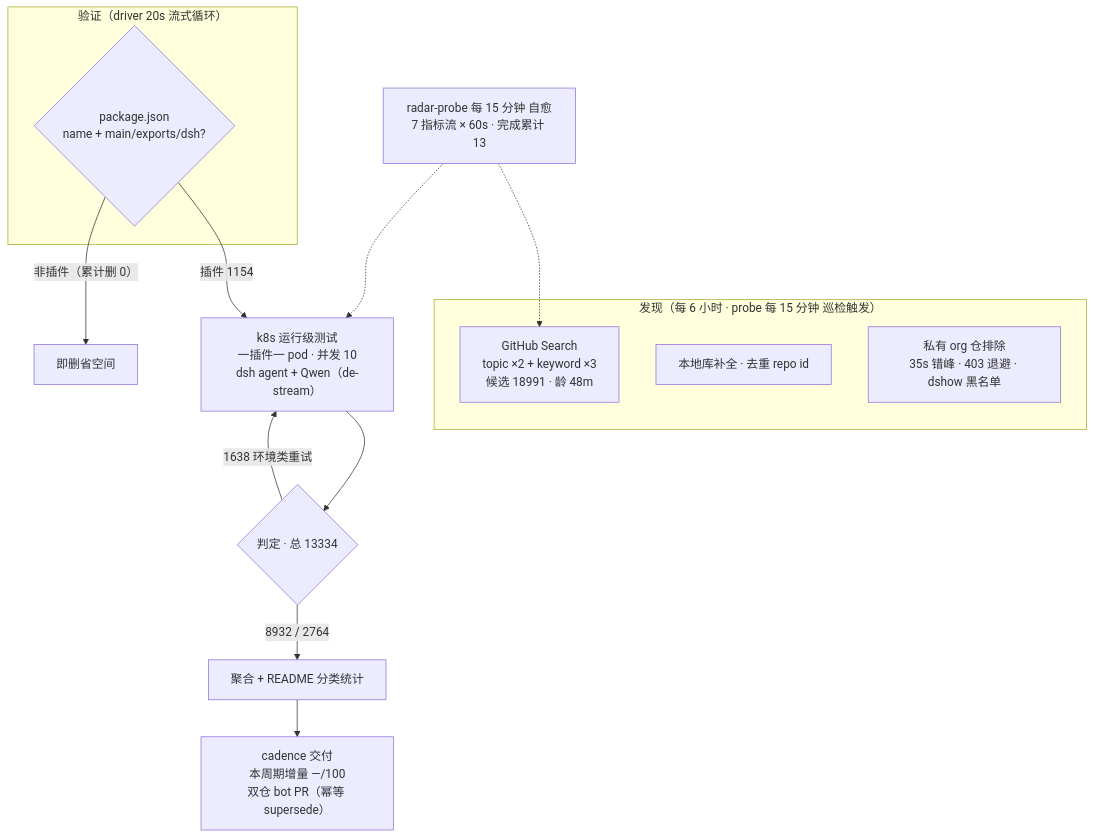
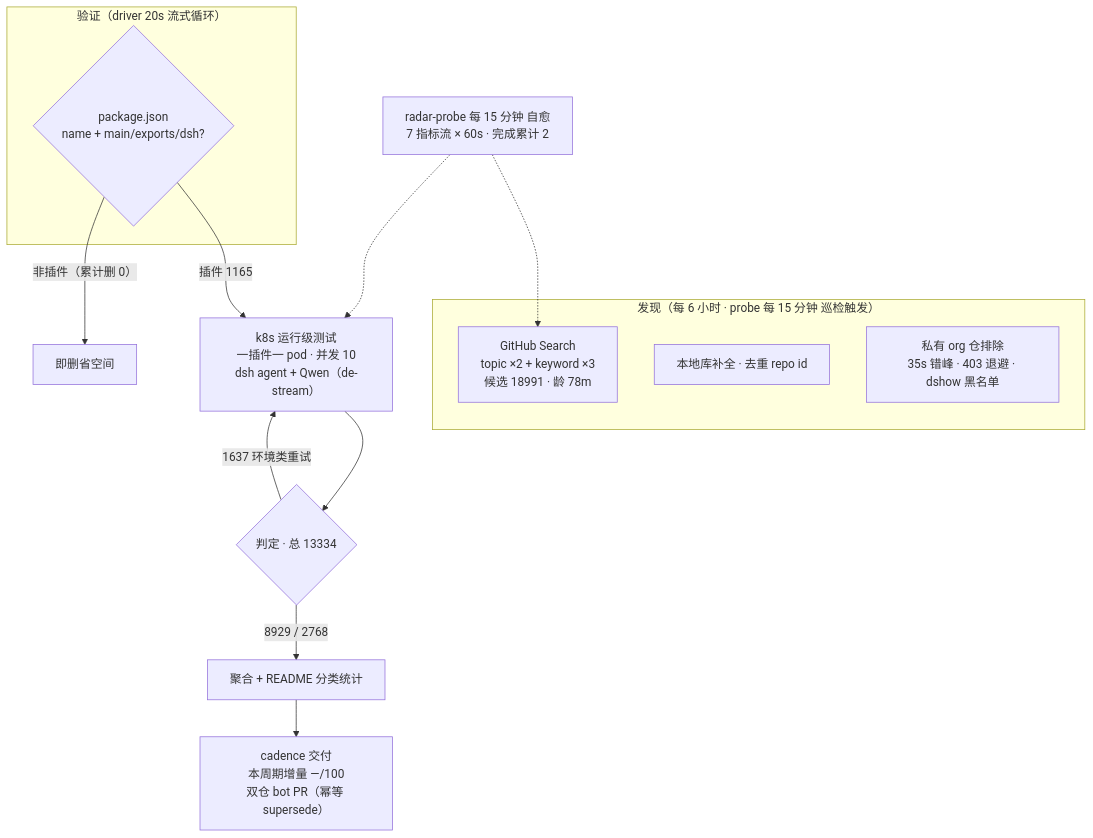
One commit to Zhidao-Lab-OSS/awesome-dsh-plugins changed the diagram in README.md. Above: the diagram before and after it, drawn with Mermaid. The commit also changed other lines of this file and 1 other file, not shown here.

````diff
--- a/README.md
+++ b/README.md
@@ -54,20 +55,20 @@
 ```mermaid
 flowchart TB
     subgraph Discovery["发现（每 6 小时 · probe 每 15 分钟 巡检触发）"]
-        A1["GitHub Search<br/>topic ×2 + keyword ×3<br/>候选 18991 · 龄 48m"]
+        A1["GitHub Search<br/>topic ×2 + keyword ×3<br/>候选 18991 · 龄 78m"]
         A2["本地库补全 · 去重 repo id"]
         A3["私有 org 仓排除<br/>35s 错峰 · 403 退避 · dshow 黑名单"]
     end
     subgraph Validation["验证（driver 20s 流式循环）"]
         B1{"package.json<br/>name + main/exports/dsh?"}
     end
-    B1 -->|"插件 1154"| C1["k8s 运行级测试<br/>一插件一 pod · 并发 10<br/>dsh agent + Qwen（de-stream）"]
+    B1 -->|"插件 1165"| C1["k8s 运行级测试<br/>一插件一 pod · 并发 10<br/>dsh agent + Qwen（de-stream）"]
     B1 -->|"非插件（累计删 0）"| B3["即删省空间"]
     C1 --> D1{"判定 · 总 13334"}
-    D1 -->|"8932 / 2764"| E1["聚合 + README 分类统计"]
-    D1 -->|"1638 环境类重试"| C1
+    D1 -->|"8929 / 2768"| E1["聚合 + README 分类统计"]
+    D1 -->|"1637 环境类重试"| C1
     E1 --> E2["cadence 交付<br/>本周期增量 —/100<br/>双仓 bot PR（幂等 supersede）"]
-    M["radar-probe 每 15 分钟 自愈<br/>7 指标流 × 60s · 完成累计 13"]
+    M["radar-probe 每 15 分钟 自愈<br/>7 指标流 × 60s · 完成累计 2"]
     M -.-> A1
     M -.-> C1
 ```
````
